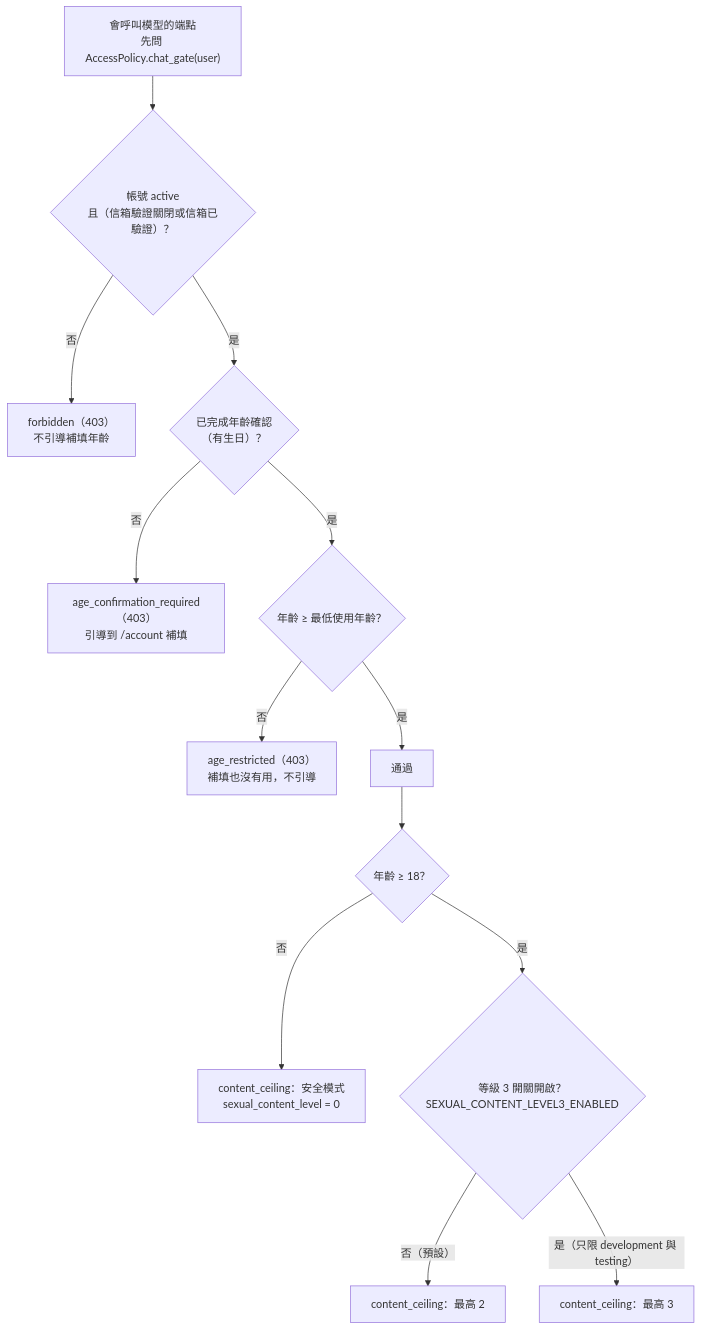
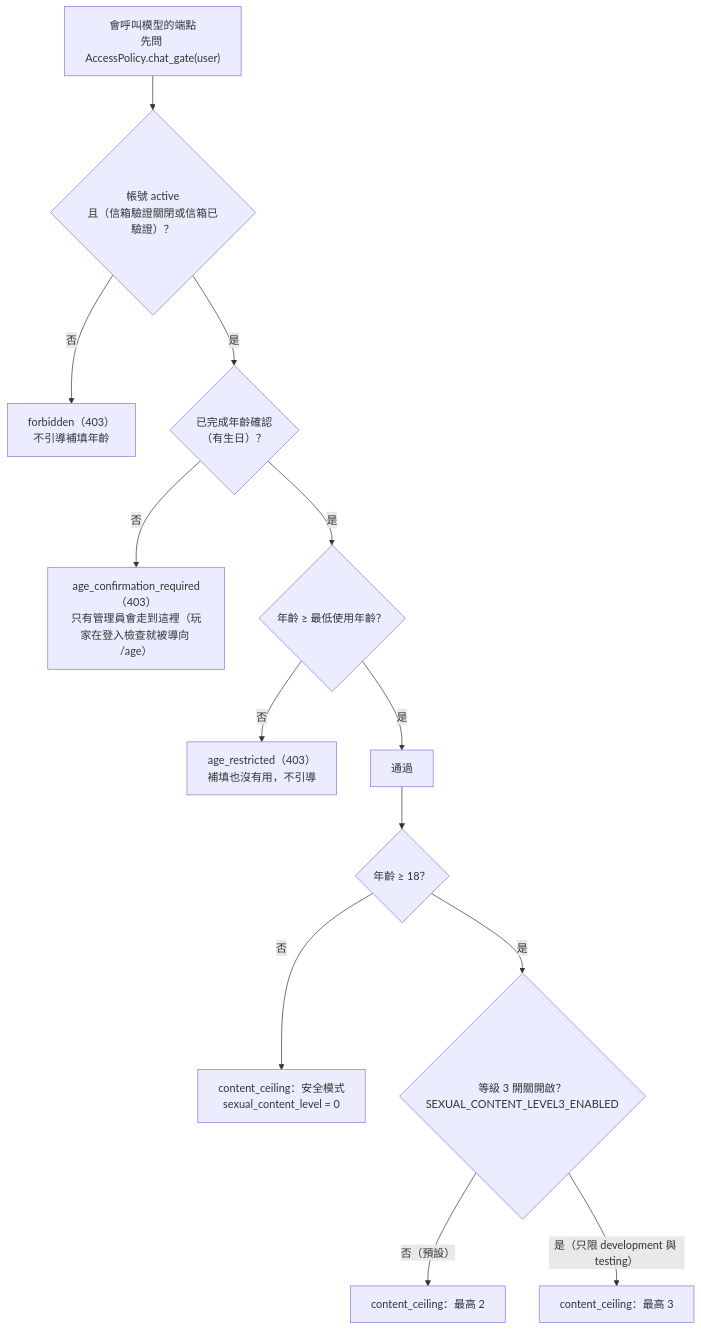
One commit to pp466pp466/R.A.C changed the fifth of 9 diagrams in docs/帳號與安全-auth-security.md. Above: the diagram before and after it, drawn with Mermaid. The commit also changed other lines of this file and 170 other files, not shown here.

````diff
--- a/docs/帳號與安全-auth-security.md
+++ b/docs/帳號與安全-auth-security.md
@@ -117,15 +135,15 @@
 ```mermaid
 flowchart TD
     Start["會呼叫模型的端點<br/>先問 AccessPolicy.chat_gate(user)"] --> Usable{"帳號 active<br/>且（信箱驗證關閉或信箱已驗證）？"}
     Usable -->|"否"| Forbidden["forbidden（403）<br/>不引導補填年齡"]
     Usable -->|"是"| HasAge{"已完成年齡確認<br/>（有生日）？"}
-    HasAge -->|"否"| NeedAge["age_confirmation_required（403）<br/>引導到 /account 補填"]
+    HasAge -->|"否"| NeedAge["age_confirmation_required（403）<br/>只有管理員會走到這裡（玩家在登入檢查就被導向 /age）"]
     HasAge -->|"是"| Old{"年齡 ≥ 最低使用年齡？"}
     Old -->|"否"| Restricted["age_restricted（403）<br/>補填也沒有用，不引導"]
     Old -->|"是"| Pass["通過"]
     Pass --> Ceiling{"年齡 ≥ 18？"}
     Ceiling -->|"否"| Safe["content_ceiling：安全模式<br/>sexual_content_level = 0"]
     Ceiling -->|"是"| Switch{"等級 3 開關開啟？<br/>SEXUAL_CONTENT_LEVEL3_ENABLED"}
     Switch -->|"否（預設）"| Adult2["content_ceiling：最高 2"]
     Switch -->|"是（只限 development 與 testing）"| Adult3["content_ceiling：最高 3"]
 ```
````
